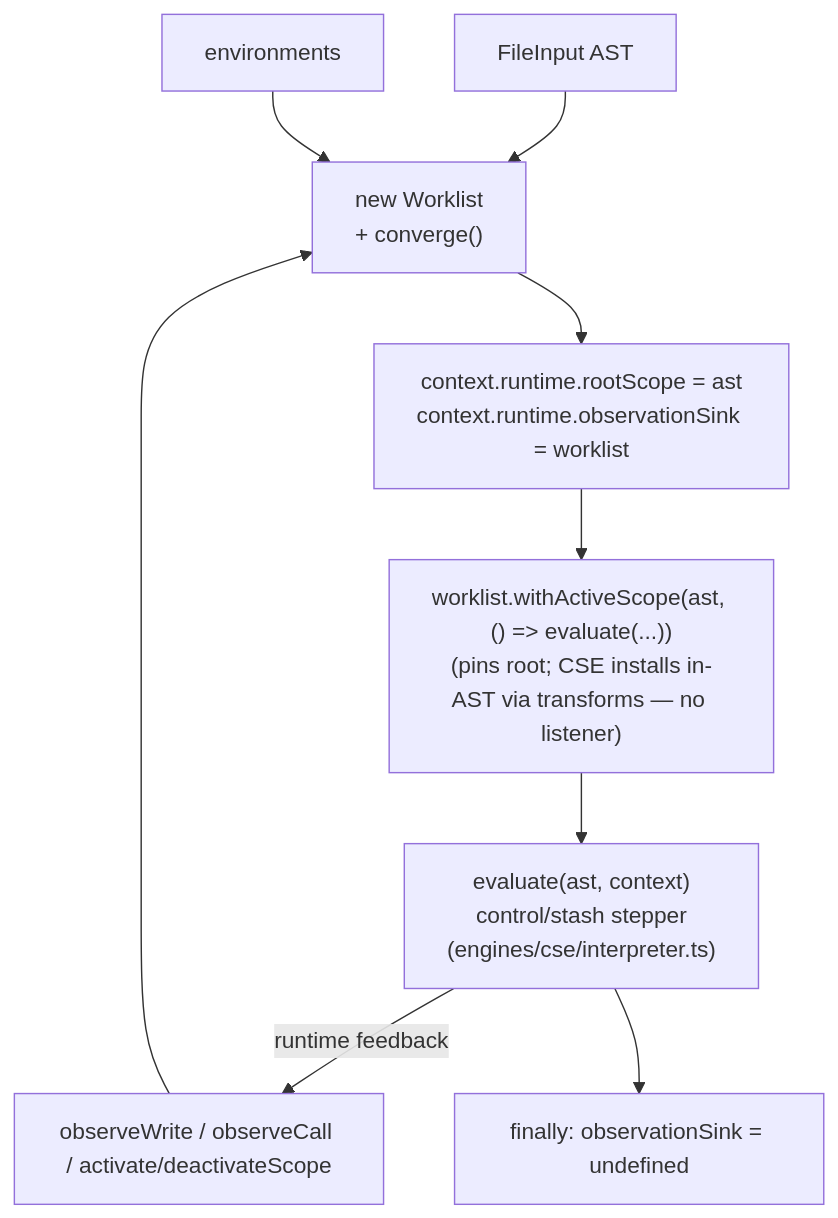
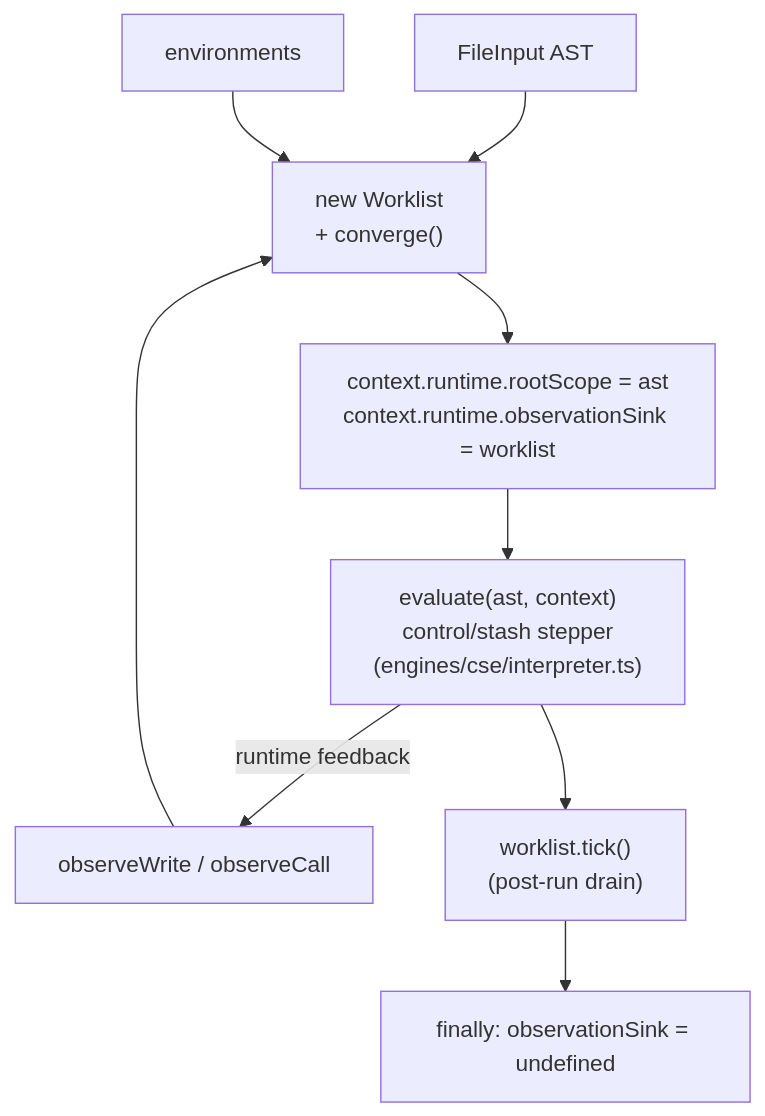
One commit to loyaltypollution/py-slang changed the fifth of 6 diagrams in docs/compilation-flow.md. Above: the diagram before and after it, drawn with Mermaid. The commit also changed other lines of this file and 33 other files, not shown here.

````diff
--- a/docs/compilation-flow.md
+++ b/docs/compilation-flow.md
@@ -335,17 +338,17 @@
 ```mermaid
 flowchart TB
     AST["FileInput AST"]
     ENV["environments"]
     WL["new Worklist<br/>+ converge()"]
     WIRE["context.runtime.rootScope = ast<br/>context.runtime.observationSink = worklist"]
-    RUN["worklist.withActiveScope(ast, () => evaluate(...))<br/>(pins root; CSE installs in-AST via transforms — no listener)"]
     EXEC["evaluate(ast, context)<br/>control/stash stepper<br/>(engines/cse/interpreter.ts)"]
-    OBS["observeWrite / observeCall / activate/deactivateScope"]
+    OBS["observeWrite / observeCall"]
+    TICK["worklist.tick()<br/>(post-run drain)"]
     FIN["finally: observationSink = undefined"]
 
     AST --> WL
     ENV --> WL
-    WL --> WIRE --> RUN --> EXEC
+    WL --> WIRE --> EXEC
     EXEC -- "runtime feedback" --> OBS --> WL
-    EXEC --> FIN
+    EXEC --> TICK --> FIN
 ```
````
